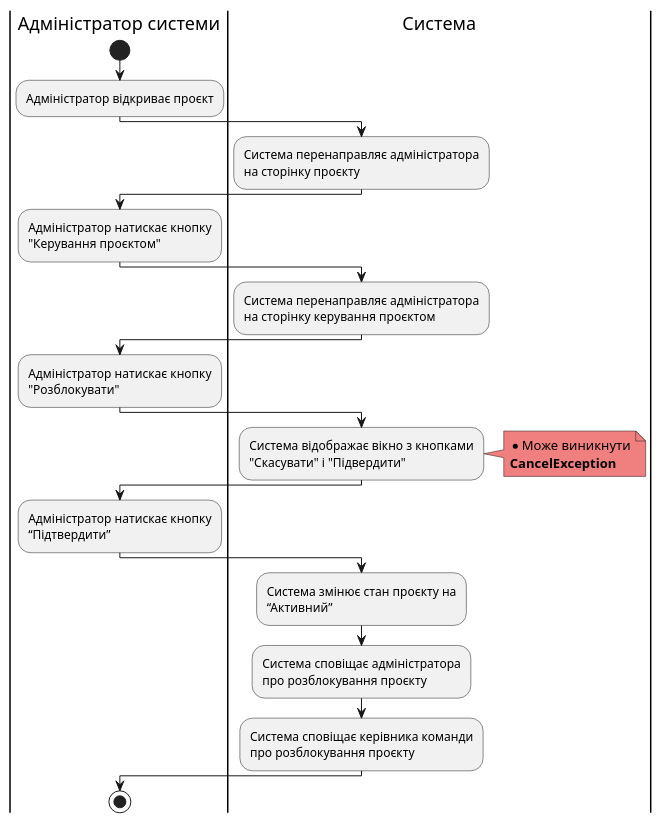
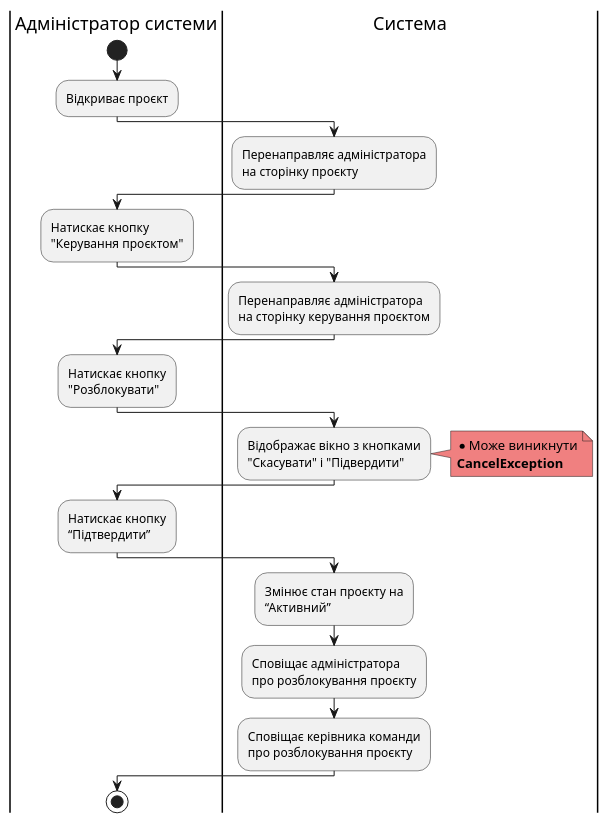
Before and after one commit to samoilenkomariia/db-coursework: the sixth of 9 diagrams in docs/use cases/README.md, drawn with PlantUML. The commit also changed other lines of this file, not shown here.

Commit message:
edited activity diagrams README.md

```diff
--- a/docs/use cases/README.md
+++ b/docs/use cases/README.md
@@ -230,29 +230,29 @@
 @startuml
 
       |Адміністратор системи|
       start
-      :Адміністратор відкриває проєкт;
+      :Відкриває проєкт;
       |Система|
-      :Система перенаправляє адміністратора\nна сторінку проєкту;
+      :Перенаправляє адміністратора\nна сторінку проєкту;
       |Адміністратор системи|
-      :Адміністратор натискає кнопку\n"Керування проєктом";
+      :Натискає кнопку\n"Керування проєктом";
       |Система|
-      :Система перенаправляє адміністратора\nна сторінку керування проєктом;
+      :Перенаправляє адміністратора\nна сторінку керування проєктом;
       |Адміністратор системи|
-      :Адміністратор натискає кнопку\n"Розблокувати";
+      :Натискає кнопку\n"Розблокувати";
       |Система|
-      :Система відображає вікно з кнопками\n"Скасувати" і "Підвердити";
+      :Відображає вікно з кнопками\n"Скасувати" і "Підвердити";
       note right #lightcoral
         * Може виникнути
         <b>CancelException</b>
       end note
       |Адміністратор системи|
-      :Адміністратор натискає кнопку\n“Підтвердити”;
+      :Натискає кнопку\n“Підтвердити”;
       |Система|
-      :Система змінює стан проєкту на\n“Активний”;
-      :Система сповіщає адміністратора\nпро розблокування проєкту;
-      :Система сповіщає керівника команди\nпро розблокування проєкту;
+      :Змінює стан проєкту на\n“Активний”;
+      :Сповіщає адміністратора\nпро розблокування проєкту;
+      :Сповіщає керівника команди\nпро розблокування проєкту;
       |Адміністратор системи|
       stop
 
 @enduml
```
